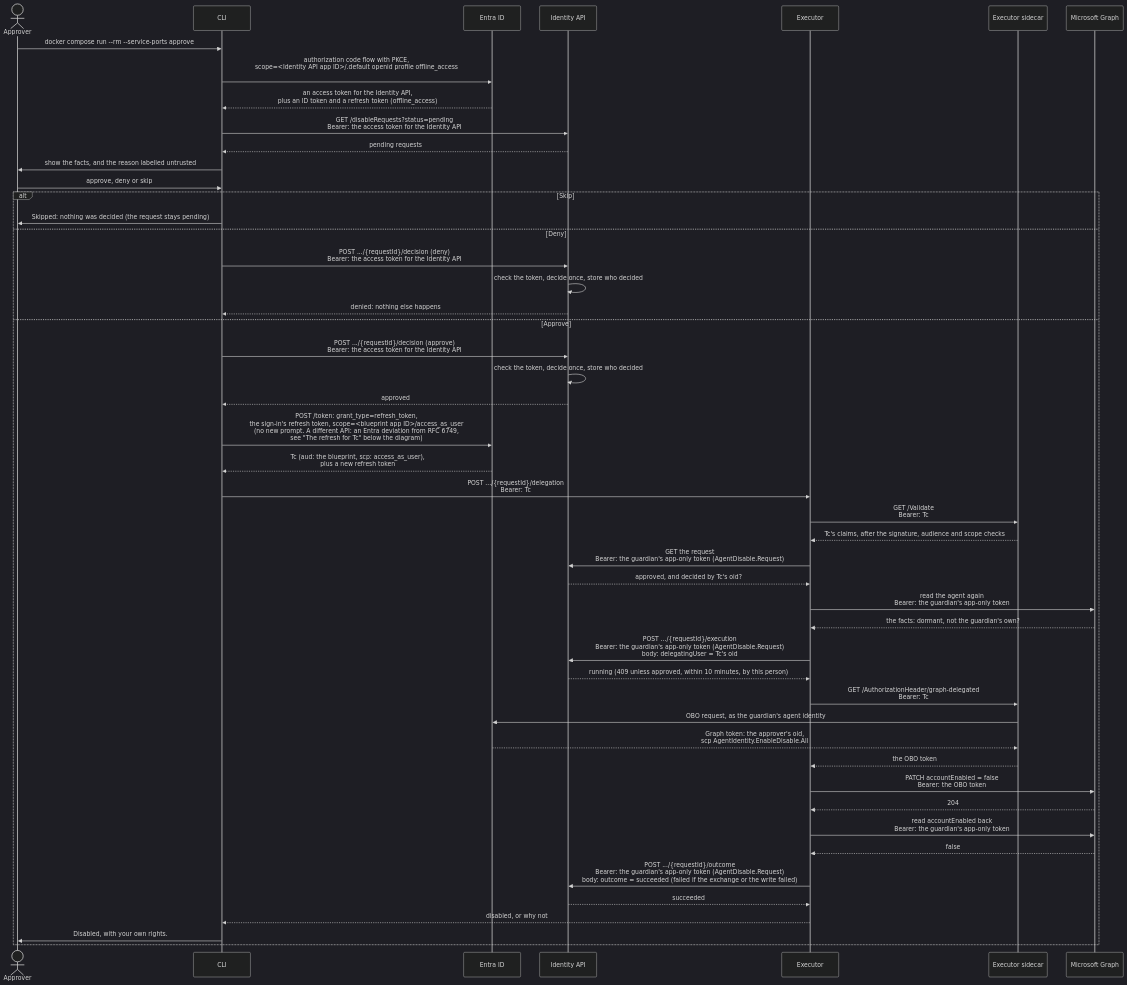
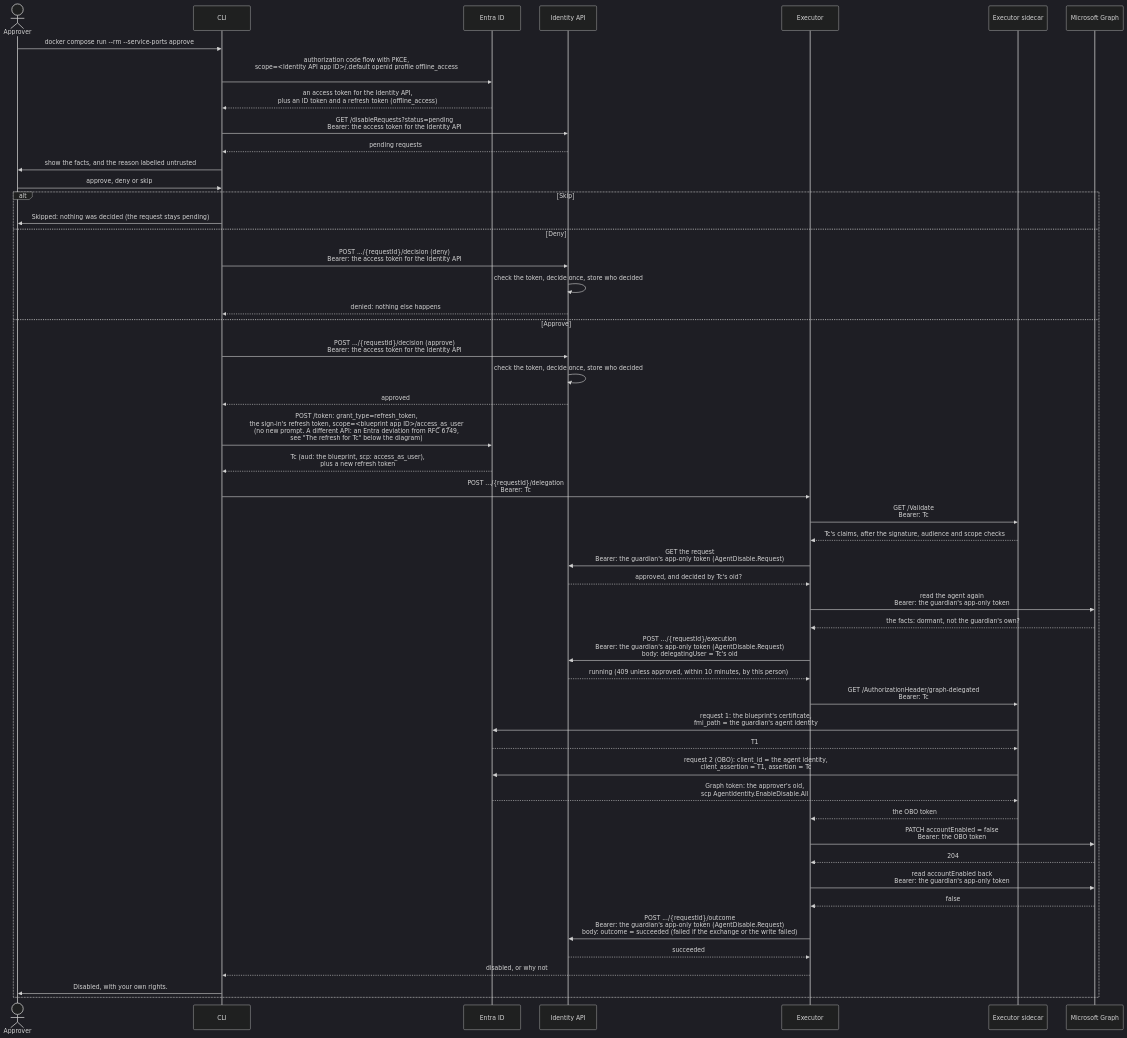
The fourth of 6 diagrams in docs/agent-steward-architecture.md (alireza-mpr/agent-steward), drawn with Mermaid (dark theme) before and after one commit.

Commit message:
docs(architecture): the OBO step shows T1, then the exchange
The approve phase diagram had one line for the executor sidecar's OBO
request. It now shows both requests to Entra: the blueprint's certificate
with fmi_path gets T1, then the agent identity sends T1 and Tc.

````diff
--- a/docs/agent-steward-architecture.md
+++ b/docs/agent-steward-architecture.md
@@ -276,53 +276,55 @@
 ```mermaid
 sequenceDiagram
     actor P as Approver
     participant C as CLI
     participant E as Entra ID
     participant A as Identity API
     participant X as Executor
     participant S as Executor sidecar
     participant G as Microsoft Graph
 
     P->>C: docker compose run --rm --service-ports approve
     C->>E: authorization code flow with PKCE,<br/>scope=#lt;Identity API app ID#gt;/.default openid profile offline_access<br/>
     E-->>C: an access token for the Identity API,<br/>plus an ID token and a refresh token (offline_access)
     C->>A: GET /disableRequests?status=pending<br/>Bearer: the access token for the Identity API
     A-->>C: pending requests
     C->>P: show the facts, and the reason labelled untrusted
     P->>C: approve, deny or skip
 
     alt Skip
         C->>P: Skipped: nothing was decided (the request stays pending)
     else Deny
         C->>A: POST .../{requestId}/decision (deny)<br/>Bearer: the access token for the Identity API
         A->>A: check the token, decide once, store who decided
         A-->>C: denied: nothing else happens
     else Approve
         C->>A: POST .../{requestId}/decision (approve)<br/>Bearer: the access token for the Identity API
         A->>A: check the token, decide once, store who decided
         A-->>C: approved
         C->>E: POST /token: grant_type=refresh_token,<br/>the sign-in's refresh token, scope=#lt;blueprint app ID#gt;/access_as_user<br/>(no new prompt. A different API: an Entra deviation from RFC 6749,<br/>see "The refresh for Tc" below the diagram)
         E-->>C: Tc (aud: the blueprint, scp: access_as_user),<br/>plus a new refresh token
         C->>X: POST .../{requestId}/delegation<br/>Bearer: Tc
         X->>S: GET /Validate<br/>Bearer: Tc
         S-->>X: Tc's claims, after the signature, audience and scope checks
         X->>A: GET the request<br/>Bearer: the guardian's app-only token (AgentDisable.Request)
         A-->>X: approved, and decided by Tc's oid?
         X->>G: read the agent again<br/>Bearer: the guardian's app-only token
         G-->>X: the facts: dormant, not the guardian's own?
         X->>A: POST .../{requestId}/execution<br/>Bearer: the guardian's app-only token (AgentDisable.Request)<br/>body: delegatingUser = Tc's oid
         A-->>X: running (409 unless approved, within 10 minutes, by this person)
         X->>S: GET /AuthorizationHeader/graph-delegated<br/>Bearer: Tc
-        S->>E: OBO request, as the guardian's agent identity
+        S->>E: request 1: the blueprint's certificate,<br/>fmi_path = the guardian's agent identity
+        E-->>S: T1
+        S->>E: request 2 (OBO): client_id = the agent identity,<br/>client_assertion = T1, assertion = Tc
         E-->>S: Graph token: the approver's oid,<br/>scp AgentIdentity.EnableDisable.All
         S-->>X: the OBO token
         X->>G: PATCH accountEnabled = false<br/>Bearer: the OBO token
         G-->>X: 204
         X->>G: read accountEnabled back<br/>Bearer: the guardian's app-only token
         G-->>X: false
         X->>A: POST .../{requestId}/outcome<br/>Bearer: the guardian's app-only token (AgentDisable.Request)<br/>body: outcome = succeeded (failed if the exchange or the write failed)
         A-->>X: succeeded
         X-->>C: disabled, or why not
         C->>P: Disabled, with your own rights.
     end
 ```
````
